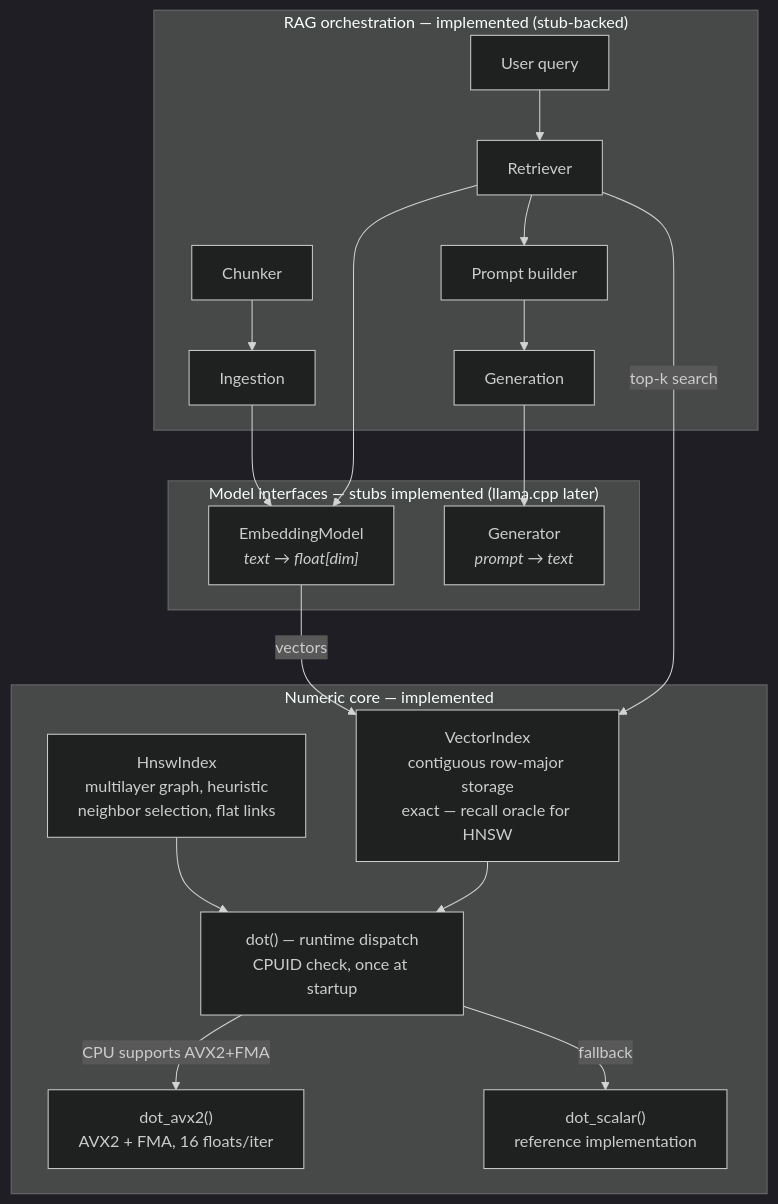
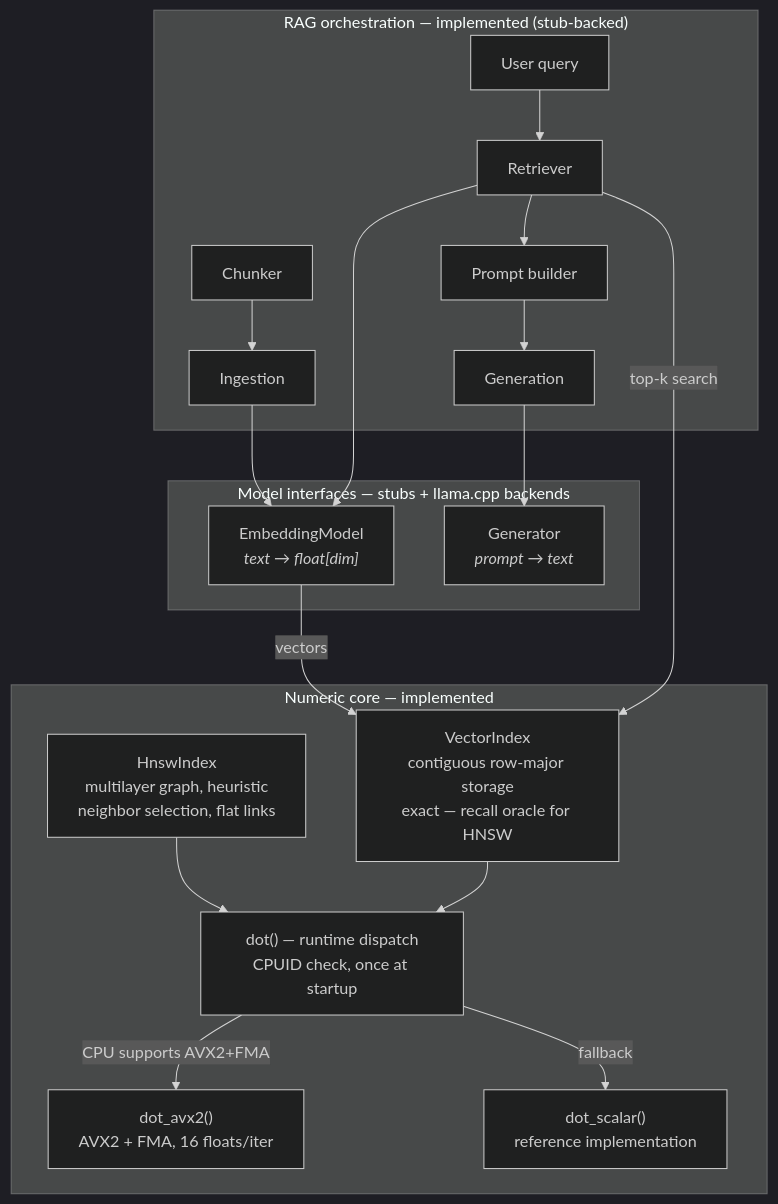
The first of 3 diagrams in README.md (ctj01/rag-system-cpp), drawn with Mermaid (dark theme) before and after one commit. The commit also changed other lines of this file and 4 other files, not shown here.

Commit message:
Add llama.cpp backends, RAG orchestration, HNSW index and benchmarks

````diff
--- a/README.md
+++ b/README.md
@@ -15,32 +15,32 @@
 ```mermaid
 flowchart TB
     subgraph RAG["RAG orchestration — implemented (stub-backed)"]
         CH[Chunker] --> ING[Ingestion]
         Q[User query] --> RET[Retriever]
         RET --> PB[Prompt builder]
         PB --> GEN_CALL[Generation]
     end
 
-    subgraph MODELS["Model interfaces — stubs implemented (llama.cpp later)"]
+    subgraph MODELS["Model interfaces — stubs + llama.cpp backends"]
         EM["EmbeddingModel<br/><i>text → float[dim]</i>"]
         GN["Generator<br/><i>prompt → text</i>"]
     end
 
     subgraph CORE["Numeric core — implemented"]
         HN["HnswIndex<br/>multilayer graph, heuristic<br/>neighbor selection, flat links"]
         VI["VectorIndex<br/>contiguous row-major storage<br/>exact — recall oracle for HNSW"]
         HN --> DOT
         DOT["dot() — runtime dispatch<br/>CPUID check, once at startup"]
         AVX["dot_avx2()<br/>AVX2 + FMA, 16 floats/iter"]
         SCA["dot_scalar()<br/>reference implementation"]
         VI --> DOT
         DOT -->|CPU supports AVX2+FMA| AVX
         DOT -->|fallback| SCA
     end
 
     ING --> EM
     RET --> EM
     GEN_CALL --> GN
     EM -->|vectors| VI
     RET -->|top-k search| VI
 ```
````
